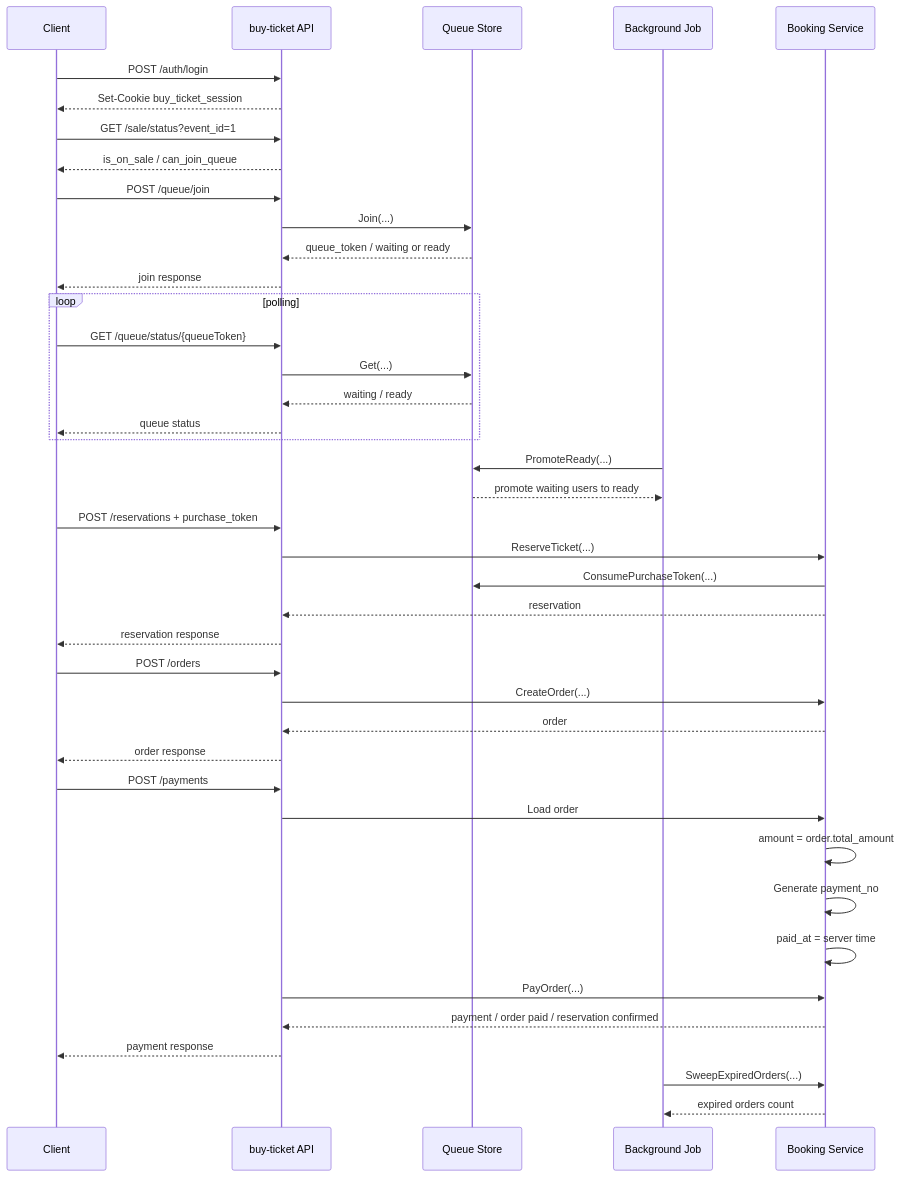
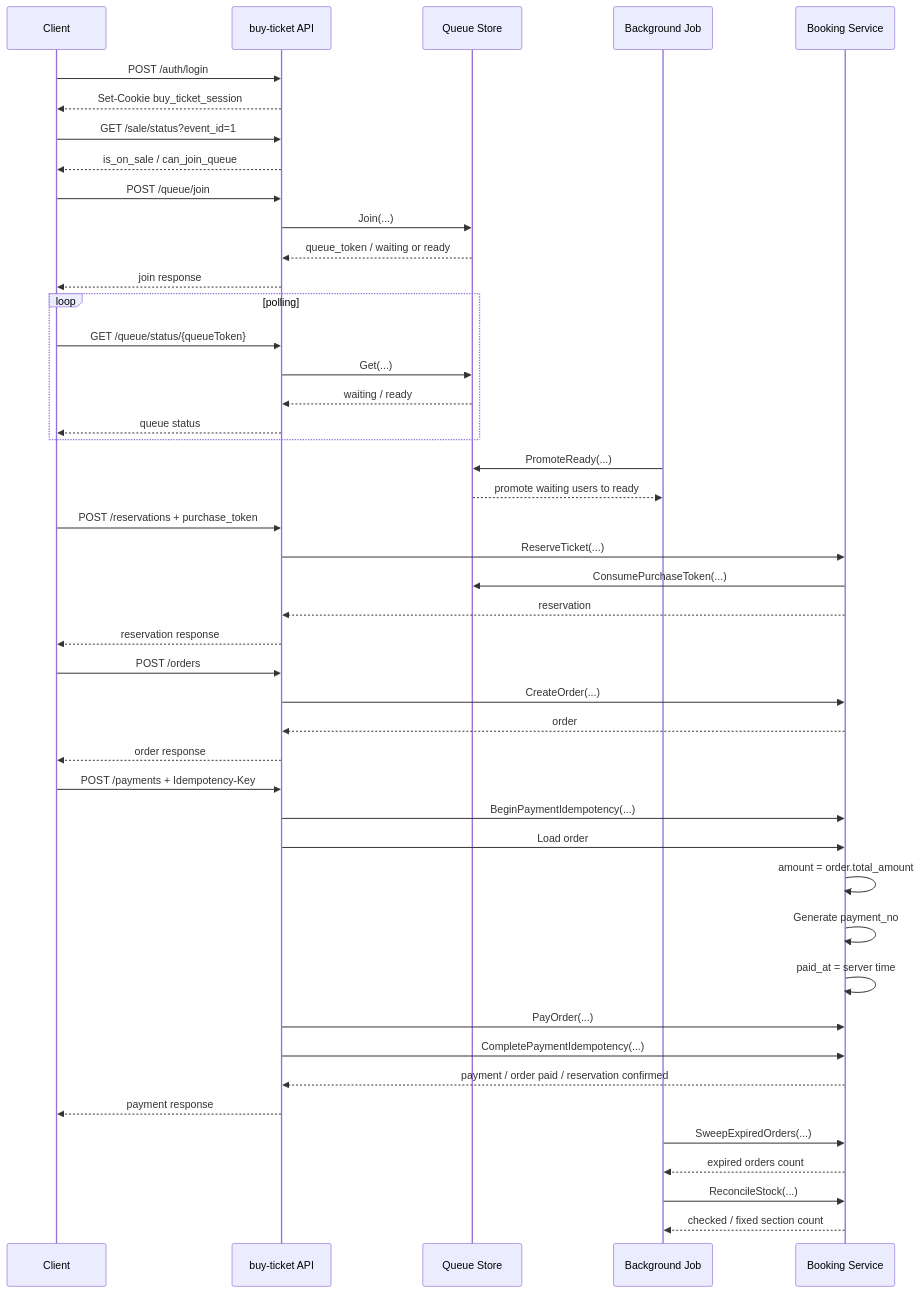
Before and after one commit to austin72905/buy-ticket: the second of 2 diagrams in doc/api-flow.md, drawn with Mermaid. The commit also changed other lines of this file and 24 other files, not shown here.

Commit message:
feat(): 1. 新增idempotency key 防重複執行同一個請求 ;  2.補上 stock reconciliation 增加db redis 一致性

````diff
--- a/doc/api-flow.md
+++ b/doc/api-flow.md
@@ -63,52 +64,57 @@
 ```mermaid
 sequenceDiagram
     participant Client as Client
     participant API as buy-ticket API
     participant Queue as Queue Store
     participant Job as Background Job
     participant Booking as Booking Service
 
     Client->>API: POST /auth/login
     API-->>Client: Set-Cookie buy_ticket_session
 
     Client->>API: GET /sale/status?event_id=1
     API-->>Client: is_on_sale / can_join_queue
 
     Client->>API: POST /queue/join
     API->>Queue: Join(...)
     Queue-->>API: queue_token / waiting or ready
     API-->>Client: join response
 
     loop polling
         Client->>API: GET /queue/status/{queueToken}
         API->>Queue: Get(...)
         Queue-->>API: waiting / ready
         API-->>Client: queue status
     end
 
     Job->>Queue: PromoteReady(...)
     Queue-->>Job: promote waiting users to ready
 
     Client->>API: POST /reservations + purchase_token
     API->>Booking: ReserveTicket(...)
     Booking->>Queue: ConsumePurchaseToken(...)
     Booking-->>API: reservation
     API-->>Client: reservation response
 
     Client->>API: POST /orders
     API->>Booking: CreateOrder(...)
     Booking-->>API: order
     API-->>Client: order response
 
-    Client->>API: POST /payments
+    Client->>API: POST /payments + Idempotency-Key
+    API->>Booking: BeginPaymentIdempotency(...)
     API->>Booking: Load order
     Booking->>Booking: amount = order.total_amount
     Booking->>Booking: Generate payment_no
     Booking->>Booking: paid_at = server time
     API->>Booking: PayOrder(...)
+    API->>Booking: CompletePaymentIdempotency(...)
     Booking-->>API: payment / order paid / reservation confirmed
     API-->>Client: payment response
 
     Job->>Booking: SweepExpiredOrders(...)
     Booking-->>Job: expired orders count
+
+    Job->>Booking: ReconcileStock(...)
+    Booking-->>Job: checked / fixed section count
 ```
````
